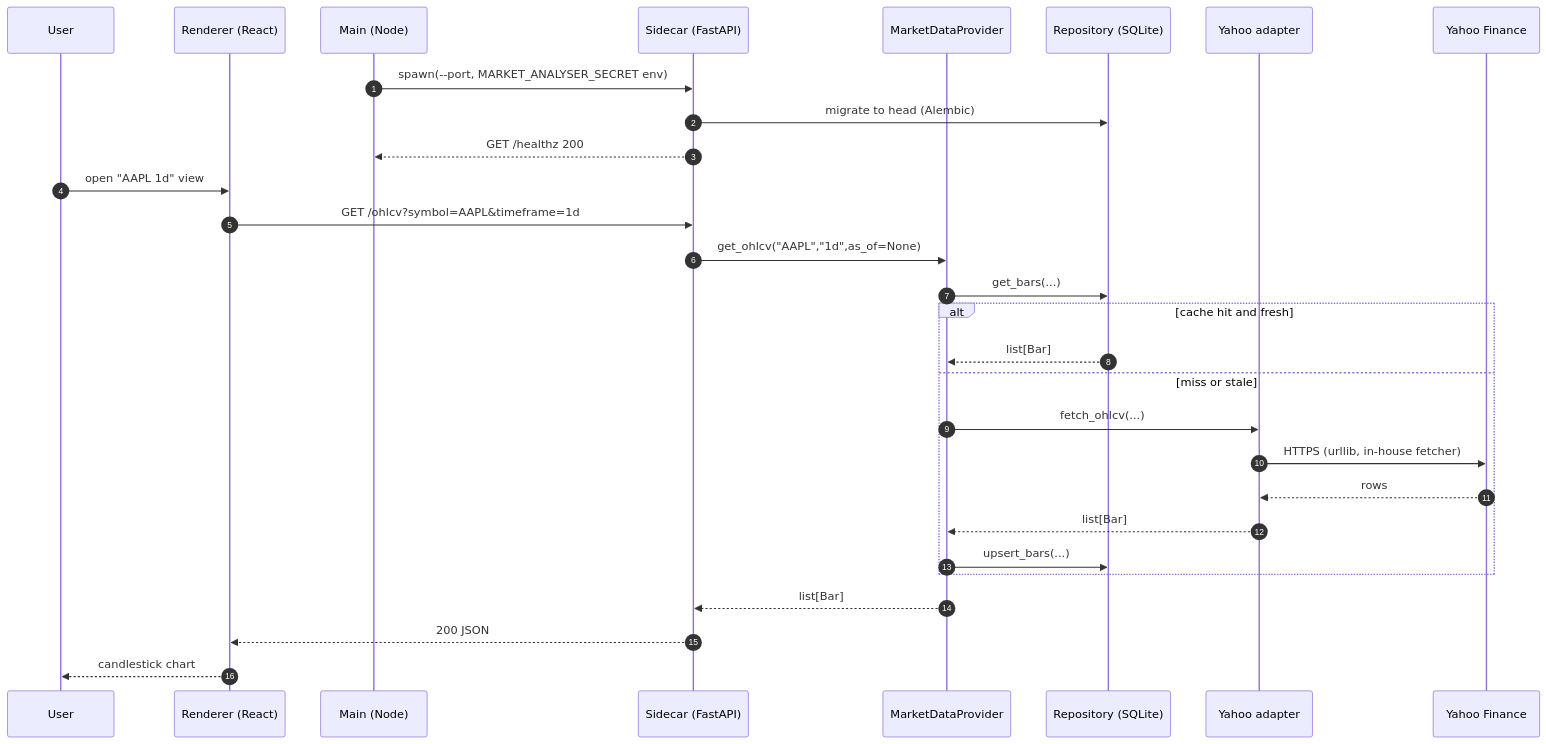
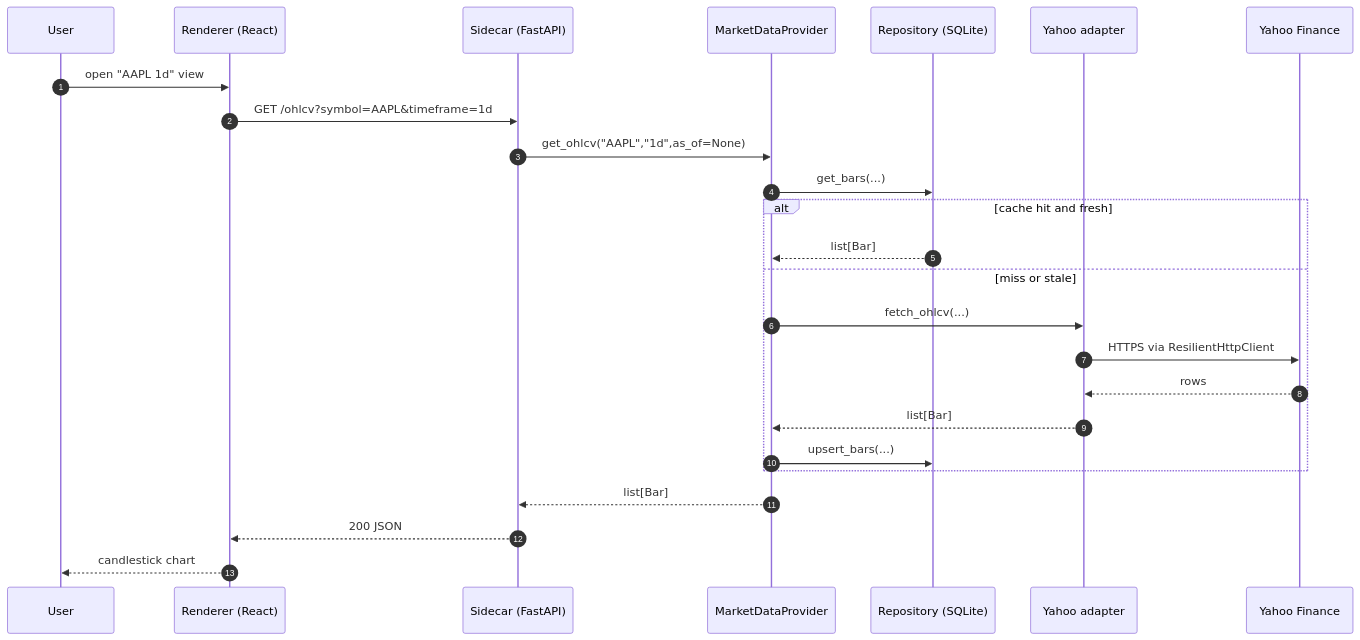
Before and after one commit to IgorKonovalov/market-analyzer: the first of 2 diagrams in docs/architecture/diagrams/bootstrap-component-map.md, drawn with Mermaid. The commit also changed other lines of this file and 2 other files, not shown here.

````diff
--- a/docs/architecture/diagrams/bootstrap-component-map.md
+++ b/docs/architecture/diagrams/bootstrap-component-map.md
@@ -49,32 +14,28 @@
 ```mermaid
 sequenceDiagram
     autonumber
     participant U as User
     participant R as Renderer (React)
-    participant M as Main (Node)
     participant S as Sidecar (FastAPI)
     participant P as MarketDataProvider
     participant Repo as Repository (SQLite)
     participant YA as Yahoo adapter
     participant Yahoo as Yahoo Finance
 
-    M->>S: spawn(--port, MARKET_ANALYSER_SECRET env)
-    S->>Repo: migrate to head (Alembic)
-    S-->>M: GET /healthz 200
     U->>R: open "AAPL 1d" view
     R->>S: GET /ohlcv?symbol=AAPL&timeframe=1d
     S->>P: get_ohlcv("AAPL","1d",as_of=None)
     P->>Repo: get_bars(...)
     alt cache hit and fresh
         Repo-->>P: list[Bar]
     else miss or stale
         P->>YA: fetch_ohlcv(...)
-        YA->>Yahoo: HTTPS (urllib, in-house fetcher)
+        YA->>Yahoo: HTTPS via ResilientHttpClient
         Yahoo-->>YA: rows
         YA-->>P: list[Bar]
         P->>Repo: upsert_bars(...)
     end
     P-->>S: list[Bar]
     S-->>R: 200 JSON
     R-->>U: candlestick chart
 ```
````
